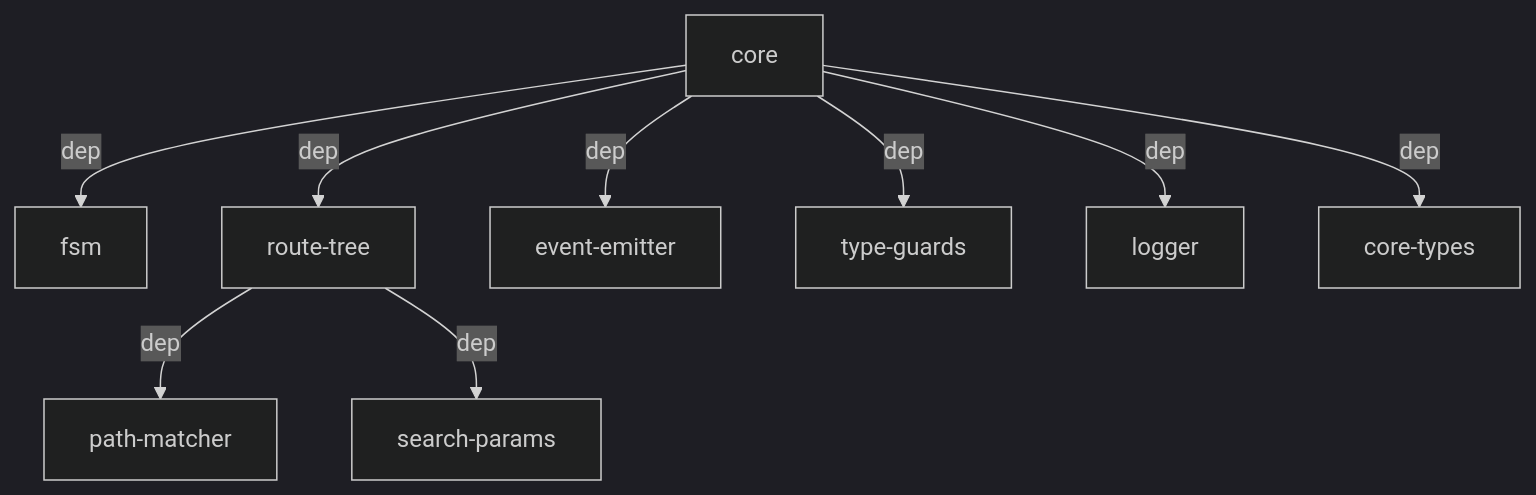
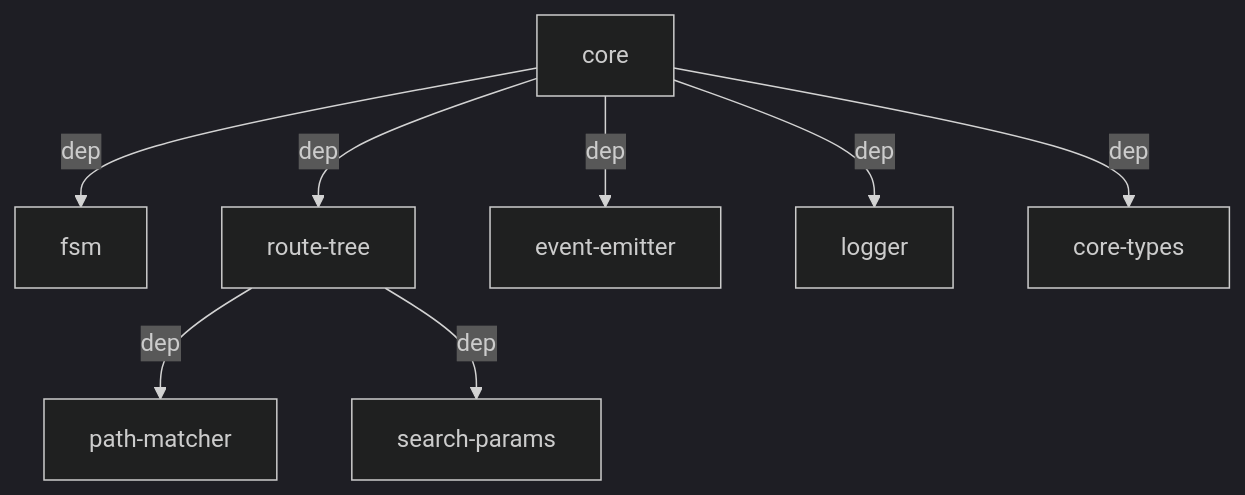
Before and after one commit to greydragon888/real-router: the diagram in packages/core/ARCHITECTURE.md, drawn with Mermaid (dark theme). The commit also changed other lines of this file and 3 other files, not shown here.

````diff
--- a/packages/core/ARCHITECTURE.md
+++ b/packages/core/ARCHITECTURE.md
@@ -58,12 +58,11 @@
 ```mermaid
 graph TD
     CORE["core"] -->|dep| FSM["fsm"]
     CORE -->|dep| RT["route-tree"]
     CORE -->|dep| EE["event-emitter"]
-    CORE -->|dep| TG["type-guards"]
     CORE -->|dep| LOG["logger"]
     CORE -->|dep| TYPES["core-types"]
 
     RT -->|dep| PM["path-matcher"]
     RT -->|dep| SP["search-params"]
 ```
````
